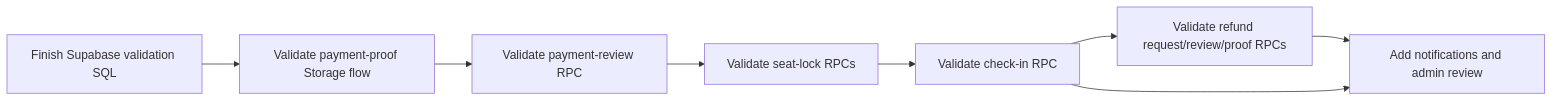
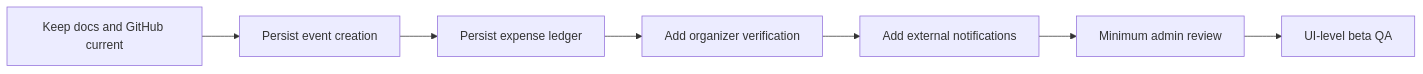
One commit to moirakk/GatherUp changed the fourth of 4 diagrams in docs/project-architecture-brief-v0.1.md. Above: the diagram before and after it, drawn with Mermaid. The commit also changed other lines of this file and 3 other files, not shown here.

````diff
--- a/docs/project-architecture-brief-v0.1.md
+++ b/docs/project-architecture-brief-v0.1.md
@@ -238,10 +238,9 @@
 ```mermaid
 flowchart LR
-  A["Finish Supabase validation SQL"] --> B["Validate payment-proof Storage flow"]
-  B --> C["Validate payment-review RPC"]
-  C --> D["Validate seat-lock RPCs"]
-  D --> E["Validate check-in RPC"]
-  E --> R["Validate refund request/review/proof RPCs"]
-  R --> F["Expand real event services"]
-  E --> F["Add notifications and admin review"]
+  A["Keep docs and GitHub current"] --> B["Persist event creation"]
+  B --> C["Persist expense ledger"]
+  C --> D["Add organizer verification"]
+  D --> E["Add external notifications"]
+  E --> F["Minimum admin review"]
+  F --> G["UI-level beta QA"]
 ```
````
